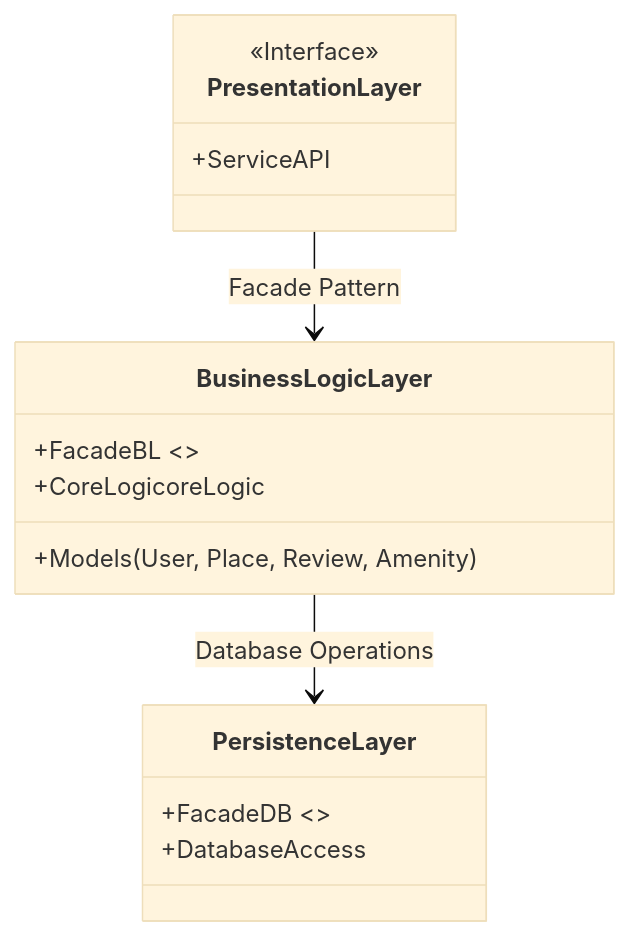
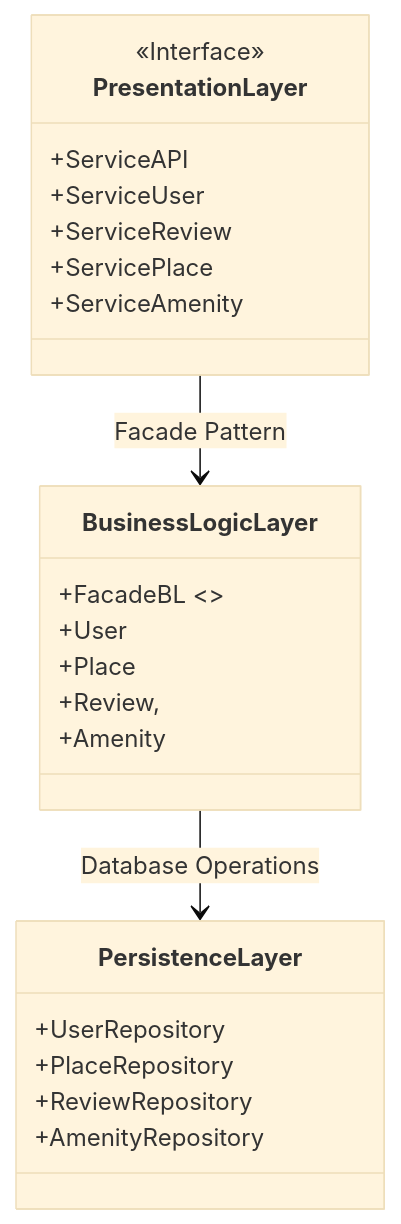
One commit to Nordine000/holbertonschool-hbnb changed the diagram in part1/task0/High_Level_Package_Diagram.mmd. Above: the diagram before and after it, drawn with Mermaid (base theme). The commit also changed other lines of this file, not shown here.

Commit message:
rajout task 0

```diff
--- a/part1/task0/High_Level_Package_Diagram.mmd
+++ b/part1/task0/High_Level_Package_Diagram.mmd
@@ -1,16 +1,24 @@
 classDiagram
 class PresentationLayer {
     <<Interface>>
     +ServiceAPI
+    +ServiceUser
+    +ServiceReview
+    +ServicePlace
+    +ServiceAmenity
 }
 class BusinessLogicLayer {
     +FacadeBL <<Facade>>
-    +Models (User, Place, Review, Amenity)
-    +CoreLogicoreLogic
+    +User
+    +Place
+    +Review, 
+    +Amenity
 }
 class PersistenceLayer {
-    +FacadeDB <<Facade>>
-    +DatabaseAccess
+    +UserRepository
+    +PlaceRepository
+    +ReviewRepository
+    +AmenityRepository
 }
 PresentationLayer --> BusinessLogicLayer : Facade Pattern
 BusinessLogicLayer --> PersistenceLayer : Database Operations
```
